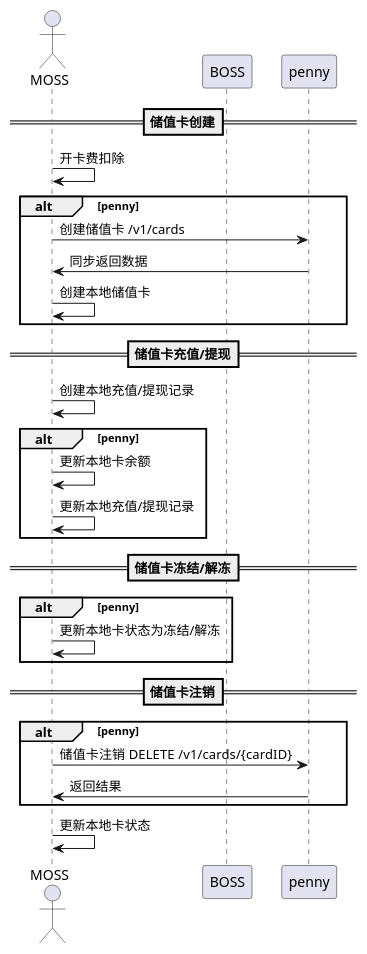
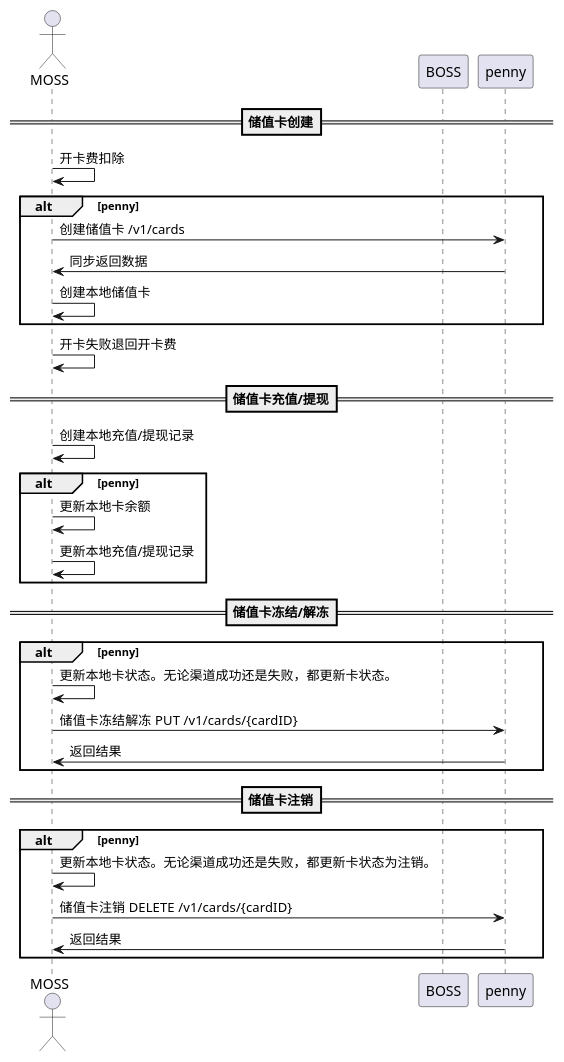
One commit to VernePan/MyProject changed the diagram in src/main/uml/vcc/penny/normal-card.puml. Above: the diagram before and after it, drawn with PlantUML. The commit also changed 4 other files, not shown here.

```diff
--- a/src/main/uml/vcc/penny/normal-card.puml
+++ b/src/main/uml/vcc/penny/normal-card.puml
@@ -1,36 +1,39 @@
 @startuml
 'https://plantuml.com/sequence-diagram
 
 actor MOSS
 participant BOSS
 participant penny
 
 == 储值卡创建==
     MOSS -> MOSS: 开卡费扣除
 alt penny
     MOSS -> penny: 创建储值卡 /v1/cards
     penny -> MOSS: 同步返回数据
     MOSS -> MOSS: 创建本地储值卡
 end
+    MOSS -> MOSS: 开卡失败退回开卡费
 
 == 储值卡充值/提现==
 
     MOSS -> MOSS: 创建本地充值/提现记录
 alt penny
     MOSS -> MOSS: 更新本地卡余额
     MOSS -> MOSS: 更新本地充值/提现记录
 
 end
 
 == 储值卡冻结/解冻==
 alt penny
-    MOSS -> MOSS: 更新本地卡状态为冻结/解冻
+    MOSS -> MOSS: 更新本地卡状态。无论渠道成功还是失败，都更新卡状态。
+    MOSS -> penny: 储值卡冻结解冻  PUT /v1/cards/{cardID}
+    penny -> MOSS: 返回结果
 end
 
 == 储值卡注销==
 alt penny
+    MOSS -> MOSS: 更新本地卡状态。无论渠道成功还是失败，都更新卡状态为注销。
     MOSS -> penny: 储值卡注销  DELETE /v1/cards/{cardID}
     penny -> MOSS: 返回结果
 end
-    MOSS -> MOSS: 更新本地卡状态
 @enduml
```
